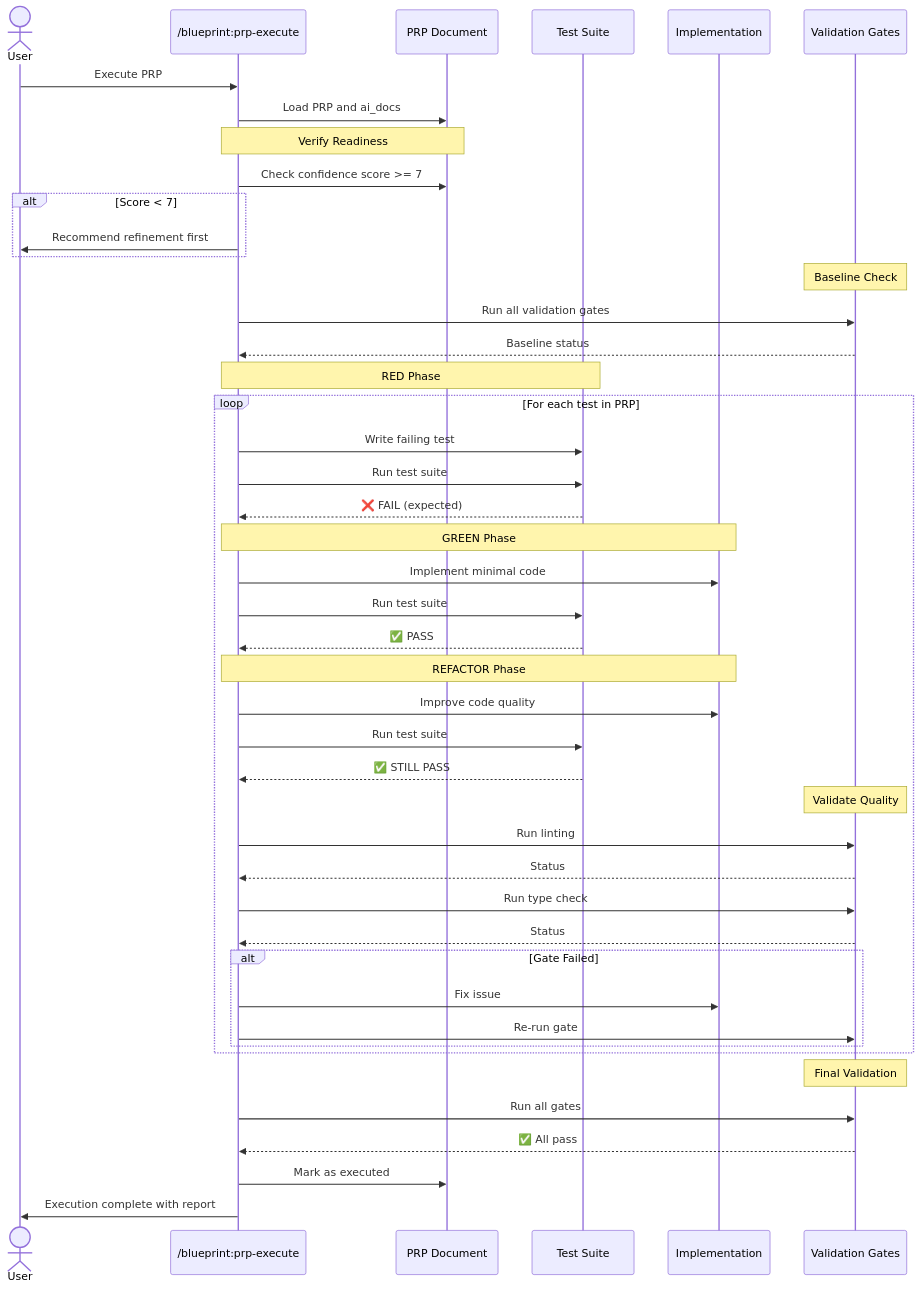
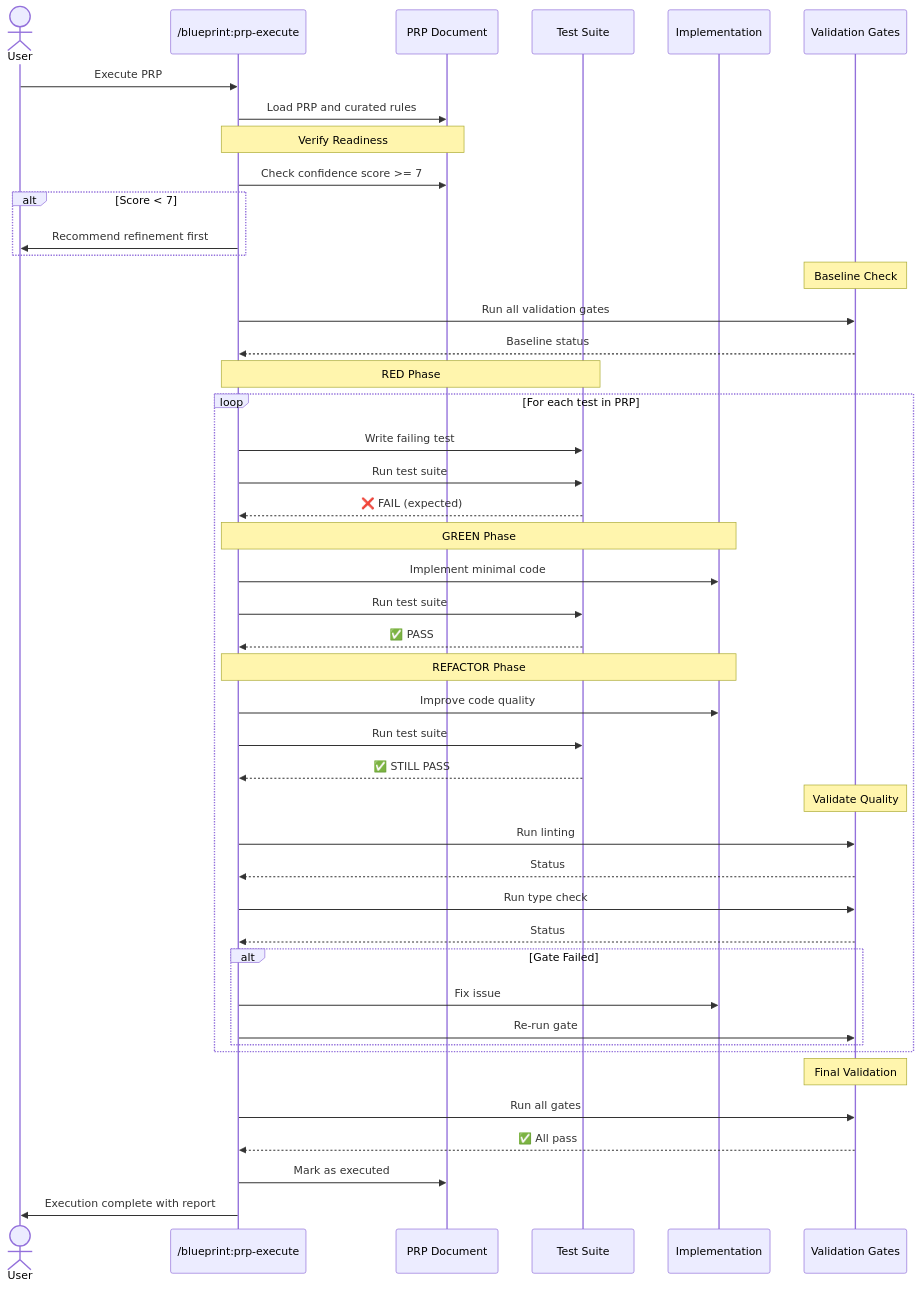
One commit to laurigates/claude-plugins changed the fourth of 8 diagrams in blueprint-plugin/docs/blueprint-plugin-sequence.md. Above: the diagram before and after it, drawn with Mermaid. The commit also changed other lines of this file and 21 other files, not shown here.

````diff
--- a/blueprint-plugin/docs/blueprint-plugin-sequence.md
+++ b/blueprint-plugin/docs/blueprint-plugin-sequence.md
@@ -256,57 +256,57 @@
 ```mermaid
 sequenceDiagram
     actor User
     participant CMD as /blueprint:prp-execute
     participant PRP as PRP Document
     participant Tests as Test Suite
     participant Code as Implementation
     participant Gates as Validation Gates
 
     User->>CMD: Execute PRP
-    CMD->>PRP: Load PRP and ai_docs
+    CMD->>PRP: Load PRP and curated rules
 
     Note over CMD,PRP: Verify Readiness
     CMD->>PRP: Check confidence score >= 7
     alt Score < 7
         CMD->>User: Recommend refinement first
     end
 
     Note over Gates: Baseline Check
     CMD->>Gates: Run all validation gates
     Gates-->>CMD: Baseline status
 
     Note over CMD,Tests: RED Phase
     loop For each test in PRP
         CMD->>Tests: Write failing test
         CMD->>Tests: Run test suite
         Tests-->>CMD: ❌ FAIL (expected)
 
         Note over CMD,Code: GREEN Phase
         CMD->>Code: Implement minimal code
         CMD->>Tests: Run test suite
         Tests-->>CMD: ✅ PASS
 
         Note over CMD,Code: REFACTOR Phase
         CMD->>Code: Improve code quality
         CMD->>Tests: Run test suite
         Tests-->>CMD: ✅ STILL PASS
 
         Note over Gates: Validate Quality
         CMD->>Gates: Run linting
         Gates-->>CMD: Status
         CMD->>Gates: Run type check
         Gates-->>CMD: Status
 
         alt Gate Failed
             CMD->>Code: Fix issue
             CMD->>Gates: Re-run gate
         end
     end
 
     Note over Gates: Final Validation
     CMD->>Gates: Run all gates
     Gates-->>CMD: ✅ All pass
 
     CMD->>PRP: Mark as executed
     CMD->>User: Execution complete with report
 ```
````
